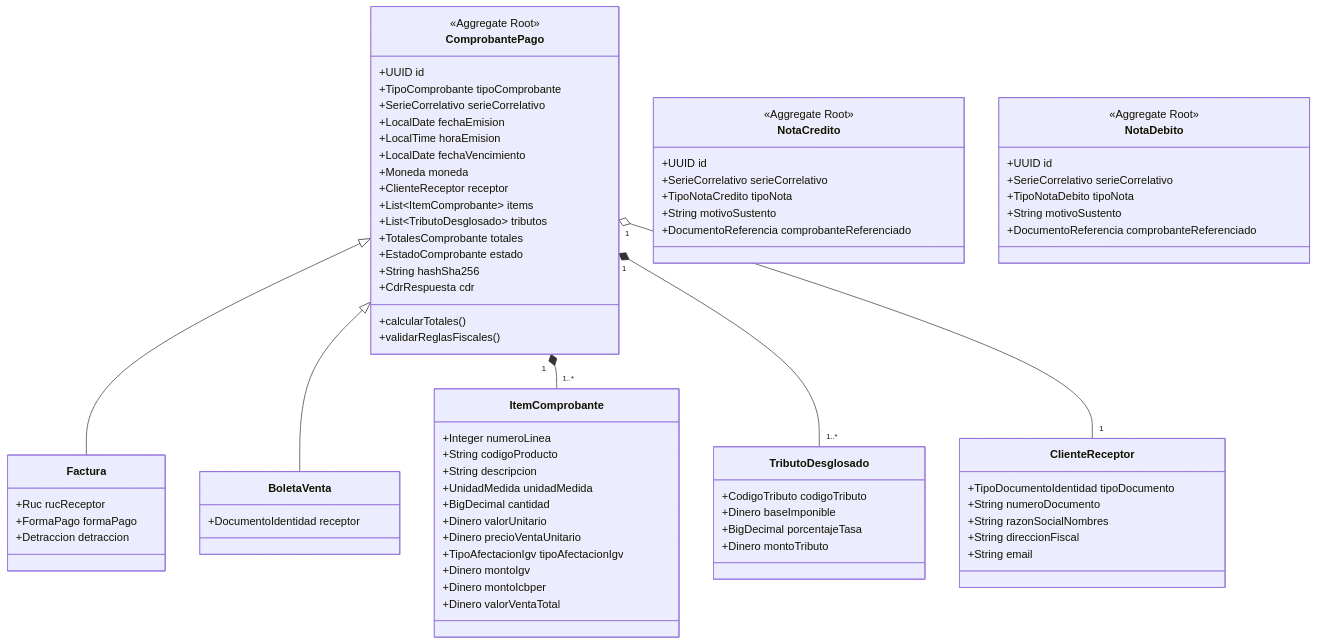
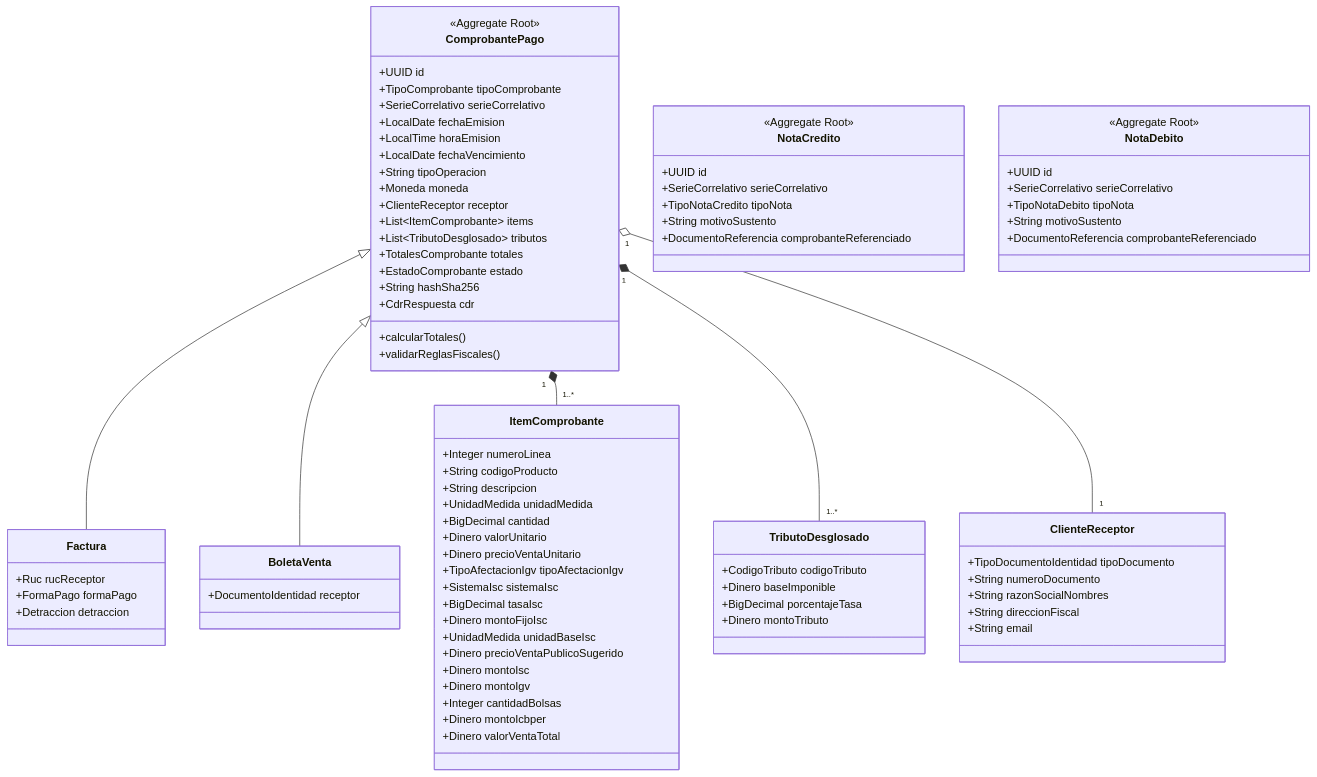
Before and after one commit to afgilmer16-svg/proyecto_arquitectura: the first of 3 diagrams in specs/features/0002-modelo-dominio/spec.md, drawn with Mermaid. The commit also changed other lines of this file and 59 other files, not shown here.

```diff
--- a/specs/features/0002-modelo-dominio/spec.md
+++ b/specs/features/0002-modelo-dominio/spec.md
@@ -21,6 +21,7 @@
         +LocalDate fechaEmision
         +LocalTime horaEmision
         +LocalDate fechaVencimiento
+        +String tipoOperacion
         +Moneda moneda
         +ClienteReceptor receptor
         +List~ItemComprobante~ items
@@ -70,7 +71,14 @@
         +Dinero valorUnitario
         +Dinero precioVentaUnitario
         +TipoAfectacionIgv tipoAfectacionIgv
+        +SistemaIsc sistemaIsc
+        +BigDecimal tasaIsc
+        +Dinero montoFijoIsc
+        +UnidadMedida unidadBaseIsc
+        +Dinero precioVentaPublicoSugerido
+        +Dinero montoIsc
         +Dinero montoIgv
+        +Integer cantidadBolsas
         +Dinero montoIcbper
         +Dinero valorVentaTotal
     }
```
